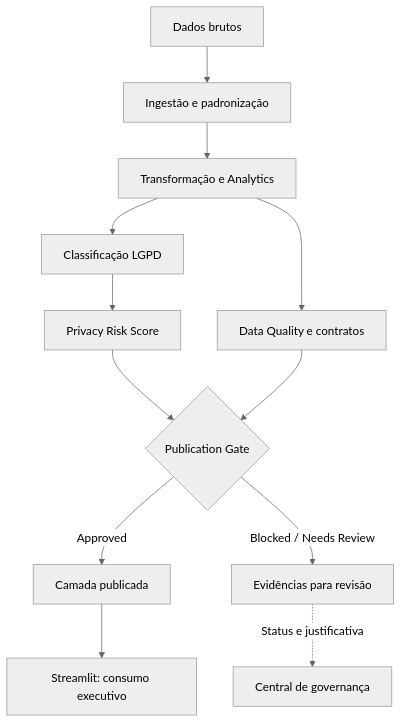
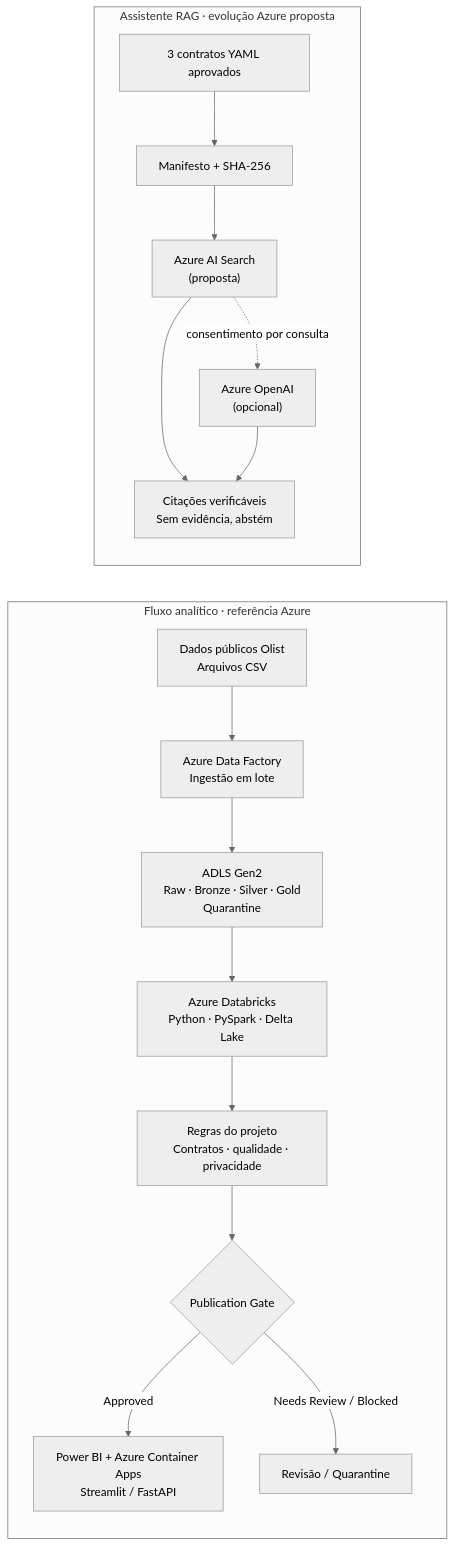
The diagram in docs/assets/architecture-overview.mmd (samuelmaia-analytics/Governed-Analytics-Platform), drawn with Mermaid (neutral theme) before and after one commit. The commit also changed 4 other files, not shown here.

First line of the commit message:
Atualiza README com RAG e arquitetura de referência Azure (#76)

```diff
--- a/docs/assets/architecture-overview.mmd
+++ b/docs/assets/architecture-overview.mmd
@@ -1,12 +1,18 @@
-flowchart TD
-    raw["Dados brutos"] --> ingest["Ingestão e padronização"]
-    ingest --> analytics["Transformação e Analytics"]
-    analytics --> privacy["Classificação LGPD"]
-    analytics --> quality["Data Quality e contratos"]
-    privacy --> risk["Privacy Risk Score"]
-    risk --> gate{"Publication Gate"}
-    quality --> gate
-    gate -->|Approved| published["Camada publicada"]
-    gate -->|Blocked / Needs Review| evidence["Evidências para revisão"]
-    published --> app["Streamlit: consumo executivo"]
-    evidence -.->|Status e justificativa| control["Central de governança"]
+flowchart LR
+    subgraph azure["Fluxo analítico · referência Azure"]
+        source["Dados públicos Olist<br/>Arquivos CSV"] --> ingest["Azure Data Factory<br/>Ingestão em lote"]
+        ingest --> storage["ADLS Gen2<br/>Raw · Bronze · Silver · Gold<br/>Quarantine"]
+        storage --> transform["Azure Databricks<br/>Python · PySpark · Delta Lake"]
+        transform --> checks["Regras do projeto<br/>Contratos · qualidade · privacidade"]
+        checks --> gate{"Publication Gate"}
+        gate -->|Approved| consume["Power BI + Azure Container Apps<br/>Streamlit / FastAPI"]
+        gate -->|Needs Review / Blocked| hold["Revisão / Quarantine"]
+    end
+
+    subgraph rag["Assistente RAG · evolução Azure proposta"]
+        contracts["3 contratos YAML aprovados"] --> integrity["Manifesto + SHA-256"]
+        integrity --> search["Azure AI Search<br/>(proposta)"]
+        search --> answer["Citações verificáveis<br/>Sem evidência, abstém"]
+        search -. "consentimento por consulta" .-> model["Azure OpenAI<br/>(opcional)"]
+        model --> answer
+    end
```
